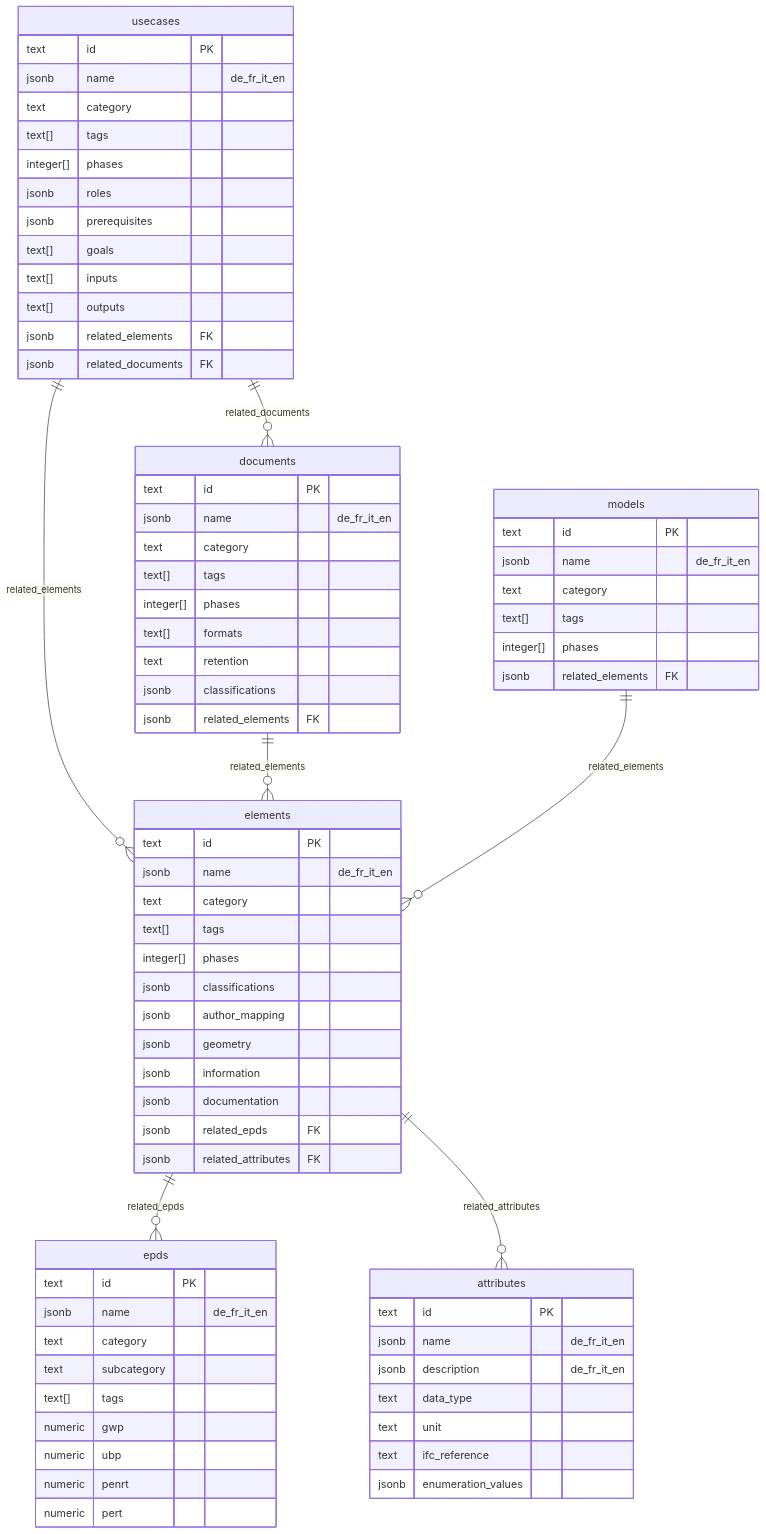
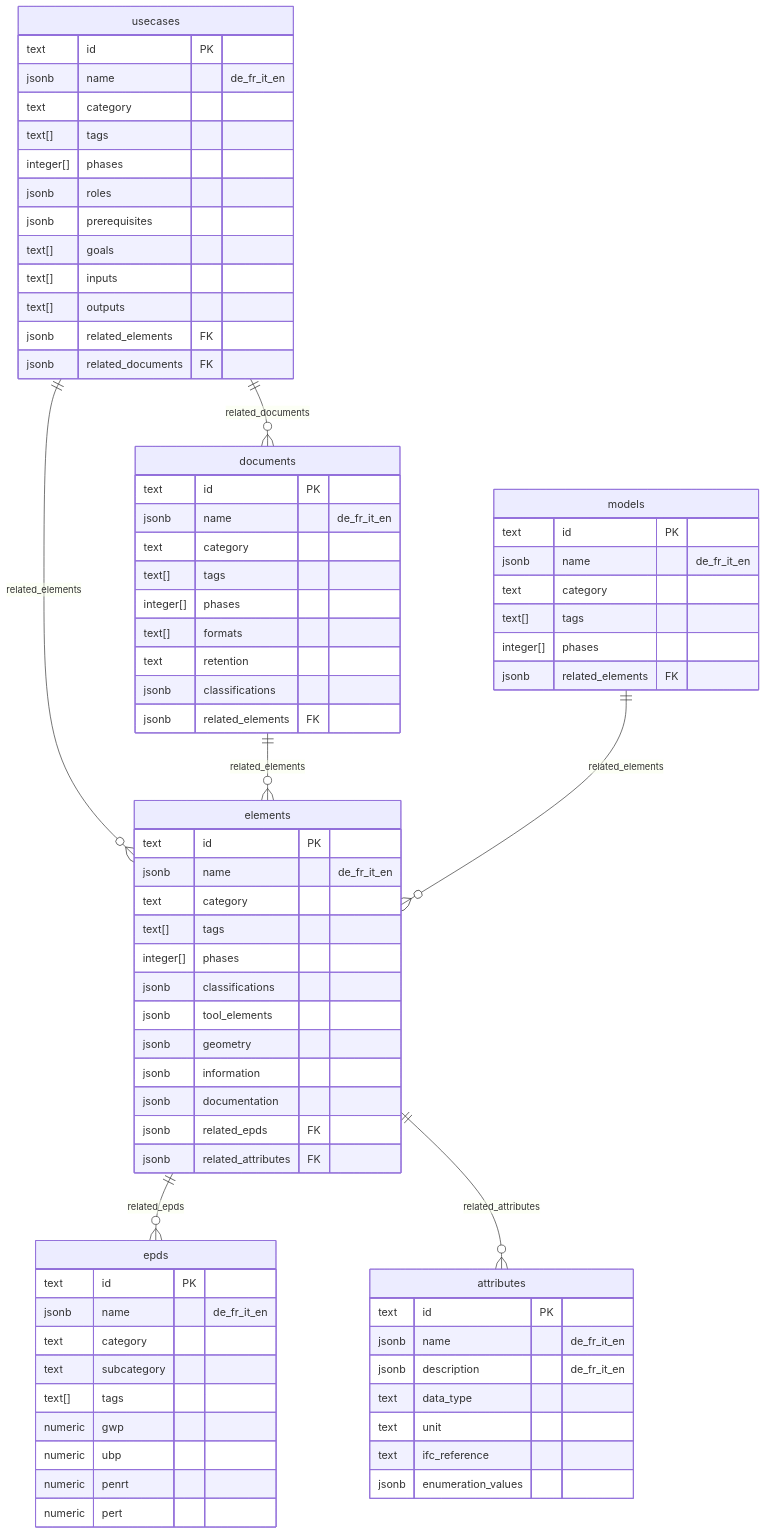
One commit to davras5/kbob-fdk changed the diagram in documentation/DATAMODEL.md. Above: the diagram before and after it, drawn with Mermaid. The commit also changed other lines of this file, not shown here.

First line of the commit message:
Rename author_mapping to tool_elements

````diff
--- a/documentation/DATAMODEL.md
+++ b/documentation/DATAMODEL.md
@@ -40,82 +40,82 @@
 ```mermaid
 erDiagram
     usecases ||--o{ elements : "related_elements"
     usecases ||--o{ documents : "related_documents"
     elements ||--o{ epds : "related_epds"
     elements ||--o{ attributes : "related_attributes"
     documents ||--o{ elements : "related_elements"
     models ||--o{ elements : "related_elements"
 
     elements {
         text id PK
         jsonb name "de_fr_it_en"
         text category
         text[] tags
         integer[] phases
         jsonb classifications
-        jsonb author_mapping
+        jsonb tool_elements
         jsonb geometry
         jsonb information
         jsonb documentation
         jsonb related_epds FK
         jsonb related_attributes FK
     }
 
     attributes {
         text id PK
         jsonb name "de_fr_it_en"
         jsonb description "de_fr_it_en"
         text data_type
         text unit
         text ifc_reference
         jsonb enumeration_values
     }
 
     documents {
         text id PK
         jsonb name "de_fr_it_en"
         text category
         text[] tags
         integer[] phases
         text[] formats
         text retention
         jsonb classifications
         jsonb related_elements FK
     }
 
     usecases {
         text id PK
         jsonb name "de_fr_it_en"
         text category
         text[] tags
         integer[] phases
         jsonb roles
         jsonb prerequisites
         text[] goals
         text[] inputs
         text[] outputs
         jsonb related_elements FK
         jsonb related_documents FK
     }
 
     models {
         text id PK
         jsonb name "de_fr_it_en"
         text category
         text[] tags
         integer[] phases
         jsonb related_elements FK
     }
 
     epds {
         text id PK
         jsonb name "de_fr_it_en"
         text category
         text subcategory
         text[] tags
         numeric gwp
         numeric ubp
         numeric penrt
         numeric pert
     }
 ```
````
